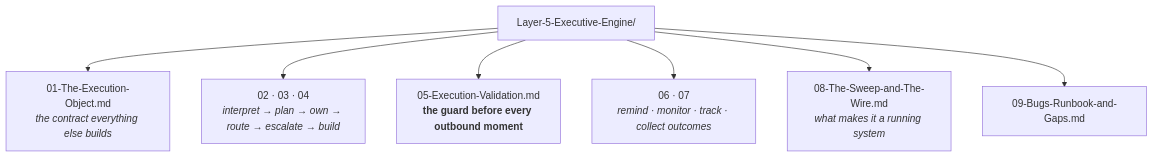
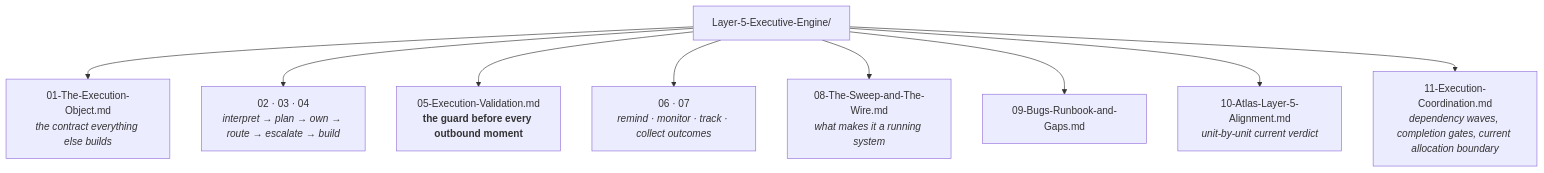
One commit to themoronss/genios-brain changed the diagram in System Design/Layer-5-Executive-Engine/README.md. Above: the diagram before and after it, drawn with Mermaid. The commit also changed other lines of this file and 88 other files, not shown here.

````diff
--- a/System Design/Layer-5-Executive-Engine/README.md
+++ b/System Design/Layer-5-Executive-Engine/README.md
@@ -16,9 +16,11 @@
 ```mermaid
 flowchart TD
     R["Layer-5-Executive-Engine/"] --> A["01-The-Execution-Object.md<br/><i>the contract everything else builds</i>"]
     R --> B["02 · 03 · 04<br/><i>interpret → plan → own → route → escalate → build</i>"]
     R --> C["05-Execution-Validation.md<br/><b>the guard before every outbound moment</b>"]
     R --> D["06 · 07<br/><i>remind · monitor · track · collect outcomes</i>"]
     R --> E["08-The-Sweep-and-The-Wire.md<br/><i>what makes it a running system</i>"]
     R --> F["09-Bugs-Runbook-and-Gaps.md"]
+    R --> G["10-Atlas-Layer-5-Alignment.md<br/><i>unit-by-unit current verdict</i>"]
+    R --> H["11-Execution-Coordination.md<br/><i>dependency waves, completion gates, current allocation boundary</i>"]
 ```
````
